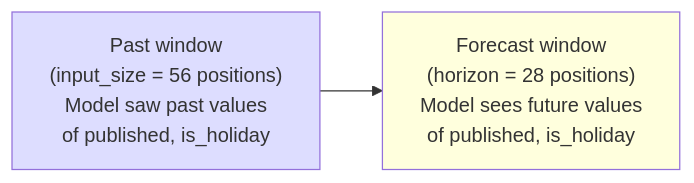
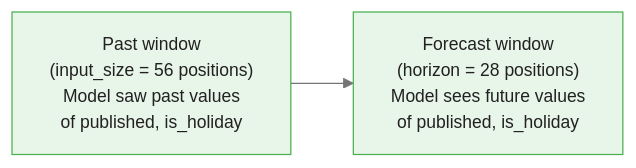
Before and after one commit to m-deane/course-creator: the first of 2 diagrams in courses/time-series-forecasting-neuralforecast/modules/module_04_explainability/guides/02_interpreting_attributions_slides.md, drawn with Mermaid. The commit also changed other lines of this file and 60 other files, not shown here.

````diff
--- a/courses/time-series-forecasting-neuralforecast/modules/module_04_explainability/guides/02_interpreting_attributions_slides.md
+++ b/courses/time-series-forecasting-neuralforecast/modules/module_04_explainability/guides/02_interpreting_attributions_slides.md
@@ -76,6 +100,5 @@
 ```mermaid
+%%{init: {"theme": "base", "themeVariables": {"primaryColor": "#e8f5e9", "primaryBorderColor": "#4caf50", "primaryTextColor": "#212121", "secondaryColor": "#e3f2fd", "tertiaryColor": "#fff8e1", "lineColor": "#757575", "fontFamily": "Inter, sans-serif", "fontSize": "14px"}}}%%
 flowchart LR
     A["Past window\n(input_size = 56 positions)\nModel saw past values\nof published, is_holiday"] --> B["Forecast window\n(horizon = 28 positions)\nModel sees future values\nof published, is_holiday"]
-    style A fill:#ddf
-    style B fill:#ffd
 ```
````
